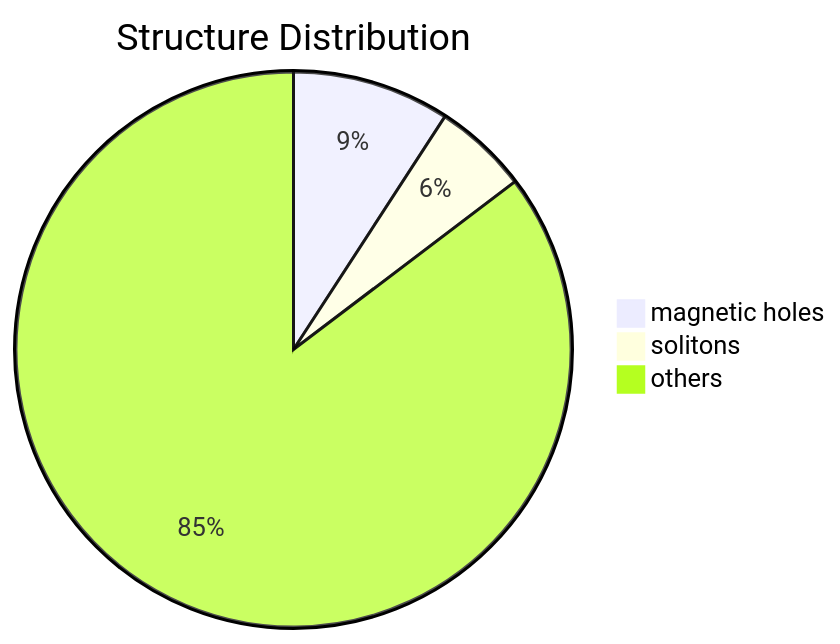
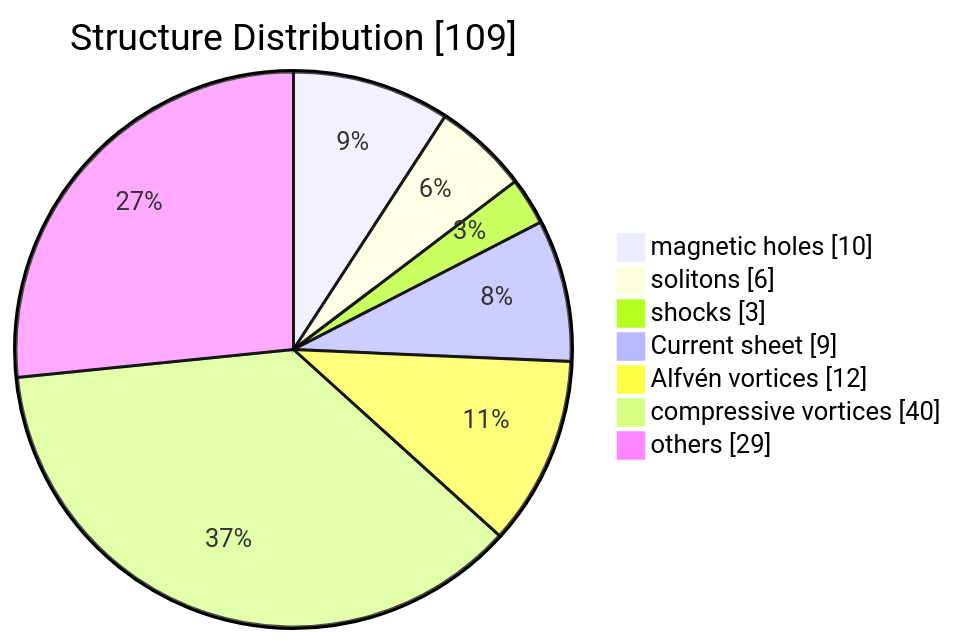
Before and after one commit to Siechonya/siecho-garden: the diagram in src/site/notes/_Documents/文献集.md, drawn with Mermaid. The commit also changed other lines of this file and 6 other files, not shown here.

````diff
--- a/src/site/notes/_Documents/文献集.md
+++ b/src/site/notes/_Documents/文献集.md
@@ -441,6 +467,11 @@
 ```mermaid
-pie title Structure Distribution
+pie showData
+title Structure Distribution [109]
 "magnetic holes" : 10
 "solitons" : 6
-"others" : 93
+"shocks" : 3
+"Current sheet" : 9
+"Alfvén vortices" : 12
+"compressive vortices" : 40
+"others" : 29
 ```
````
